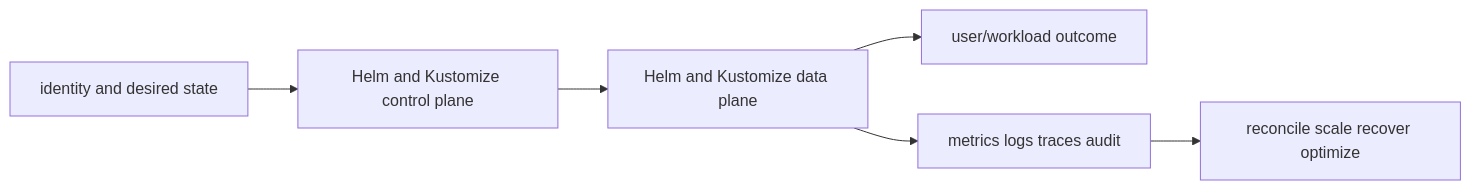
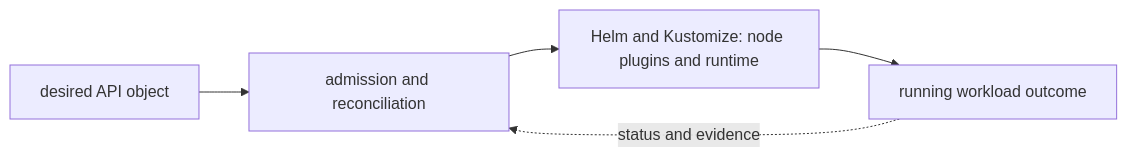
The diagram in 06-kubernetes/07-packaging-extensions/01-helm-kustomize/README.md (tomkidumbuyo/DevOps-interview-preparation), drawn with Mermaid before and after one commit. The commit also changed other lines of this file and 753 other files, not shown here.

````diff
--- a/06-kubernetes/07-packaging-extensions/01-helm-kustomize/README.md
+++ b/06-kubernetes/07-packaging-extensions/01-helm-kustomize/README.md
@@ -19,8 +31,7 @@
 ```mermaid
 flowchart LR
-  I[identity and desired state] --> C[Helm and Kustomize control plane]
-  C --> D[Helm and Kustomize data plane]
-  D --> U[user/workload outcome]
-  D --> O[metrics logs traces audit]
-  O --> R[reconcile scale recover optimize]
+  A["desired API object"] --> B["admission and reconciliation"]
+  B --> C["Helm and Kustomize: node plugins and runtime"]
+  C --> D["running workload outcome"]
+  D -. "status and evidence" .-> B
 ```
````
